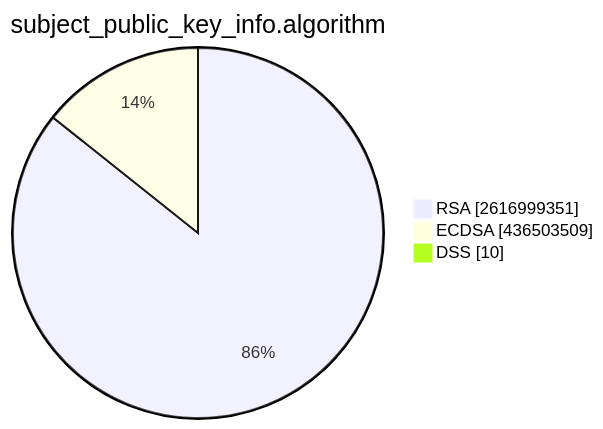
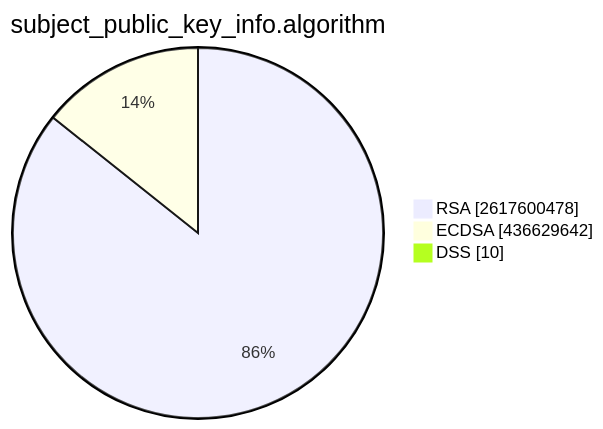
Before and after one commit to christiankrug/ctmonitor_visualization: the second of 15 diagrams in TOTAL/README.md, drawn with Mermaid. The commit also changed other lines of this file, not shown here.

````diff
--- a/TOTAL/README.md
+++ b/TOTAL/README.md
@@ -6,7 +6,7 @@
 ```mermaid
 pie showData
 title subject_public_key_info.algorithm
-"RSA" :2616999351
-"ECDSA" :436503509
+"RSA" :2617600478
+"ECDSA" :436629642
 "DSS" :10
 ```
````
